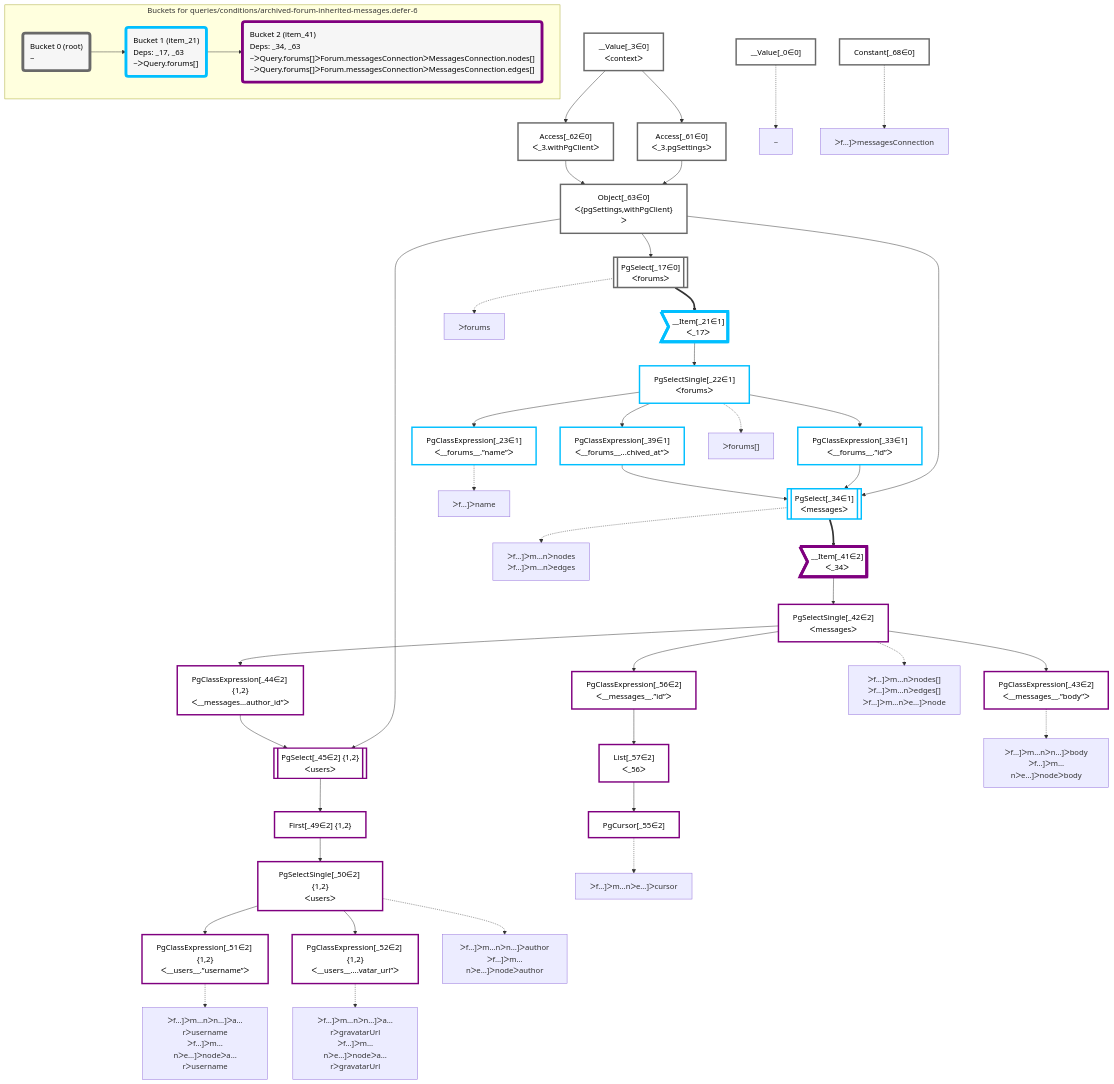
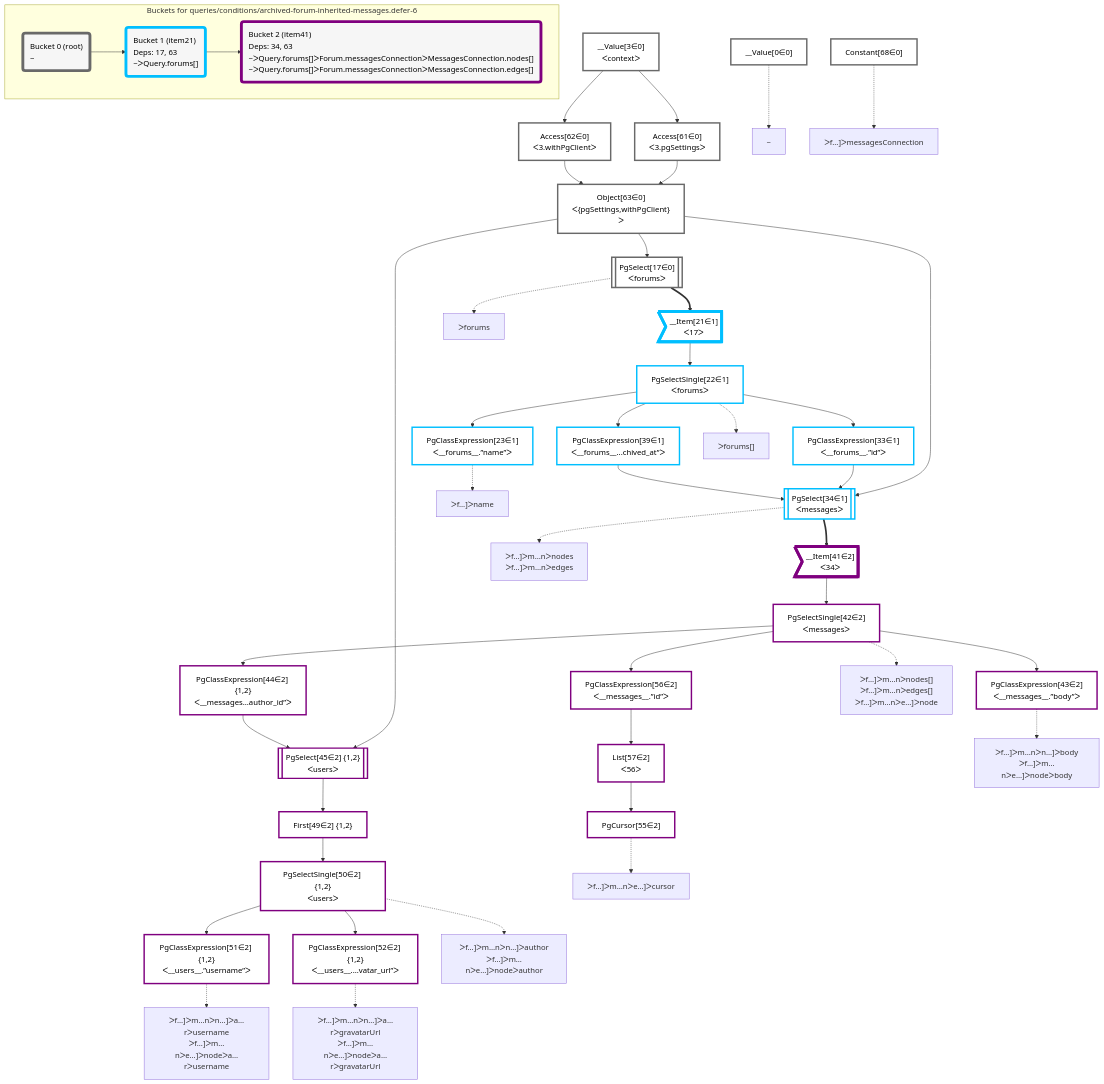
One commit to graphile/crystal changed the diagram in packages/dataplan-pg/__tests__/queries/conditions/archived-forum-inherited-messages.defer-6.deopt.mermaid.md. Above: the diagram before and after it, drawn with Mermaid. The commit also changed 195 other files, not shown here.

```diff
--- a/packages/dataplan-pg/__tests__/queries/conditions/archived-forum-inherited-messages.defer-6.deopt.mermaid.md
+++ b/packages/dataplan-pg/__tests__/queries/conditions/archived-forum-inherited-messages.defer-6.deopt.mermaid.md
@@ -8,92 +8,92 @@
 
 
     %% define plans
-    __Value_0["__Value[_0∈0]"]:::plan
-    PgClassExpression_23["PgClassExpression[_23∈1]<br />ᐸ__forums__.”name”ᐳ"]:::plan
-    PgClassExpression_43["PgClassExpression[_43∈2]<br />ᐸ__messages__.”body”ᐳ"]:::plan
-    PgClassExpression_51["PgClassExpression[_51∈2] {1,2}<br />ᐸ__users__.”username”ᐳ"]:::plan
-    PgClassExpression_52["PgClassExpression[_52∈2] {1,2}<br />ᐸ__users__....vatar_url”ᐳ"]:::plan
-    PgSelectSingle_50["PgSelectSingle[_50∈2] {1,2}<br />ᐸusersᐳ"]:::plan
-    First_49["First[_49∈2] {1,2}"]:::plan
-    PgSelect_45[["PgSelect[_45∈2] {1,2}<br />ᐸusersᐳ"]]:::plan
-    PgClassExpression_44["PgClassExpression[_44∈2] {1,2}<br />ᐸ__messages...author_id”ᐳ"]:::plan
-    PgCursor_55["PgCursor[_55∈2]"]:::plan
-    List_57["List[_57∈2]<br />ᐸ_56ᐳ"]:::plan
-    PgClassExpression_56["PgClassExpression[_56∈2]<br />ᐸ__messages__.”id”ᐳ"]:::plan
-    PgSelectSingle_42["PgSelectSingle[_42∈2]<br />ᐸmessagesᐳ"]:::plan
-    __Item_41>"__Item[_41∈2]<br />ᐸ_34ᐳ"]:::itemplan
-    PgSelect_34[["PgSelect[_34∈1]<br />ᐸmessagesᐳ"]]:::plan
-    PgClassExpression_33["PgClassExpression[_33∈1]<br />ᐸ__forums__.”id”ᐳ"]:::plan
-    PgClassExpression_39["PgClassExpression[_39∈1]<br />ᐸ__forums__...chived_at”ᐳ"]:::plan
-    PgSelectSingle_22["PgSelectSingle[_22∈1]<br />ᐸforumsᐳ"]:::plan
-    __Item_21>"__Item[_21∈1]<br />ᐸ_17ᐳ"]:::itemplan
-    PgSelect_17[["PgSelect[_17∈0]<br />ᐸforumsᐳ"]]:::plan
-    Object_63["Object[_63∈0]<br />ᐸ{pgSettings,withPgClient}ᐳ"]:::plan
-    Access_61["Access[_61∈0]<br />ᐸ_3.pgSettingsᐳ"]:::plan
-    Access_62["Access[_62∈0]<br />ᐸ_3.withPgClientᐳ"]:::plan
-    __Value_3["__Value[_3∈0]<br />ᐸcontextᐳ"]:::plan
-    Constant_68["Constant[_68∈0]"]:::plan
+    __Value0["__Value[0∈0]"]:::plan
+    PgClassExpression23["PgClassExpression[23∈1]<br />ᐸ__forums__.”name”ᐳ"]:::plan
+    PgClassExpression43["PgClassExpression[43∈2]<br />ᐸ__messages__.”body”ᐳ"]:::plan
+    PgClassExpression51["PgClassExpression[51∈2] {1,2}<br />ᐸ__users__.”username”ᐳ"]:::plan
+    PgClassExpression52["PgClassExpression[52∈2] {1,2}<br />ᐸ__users__....vatar_url”ᐳ"]:::plan
+    PgSelectSingle50["PgSelectSingle[50∈2] {1,2}<br />ᐸusersᐳ"]:::plan
+    First49["First[49∈2] {1,2}"]:::plan
+    PgSelect45[["PgSelect[45∈2] {1,2}<br />ᐸusersᐳ"]]:::plan
+    PgClassExpression44["PgClassExpression[44∈2] {1,2}<br />ᐸ__messages...author_id”ᐳ"]:::plan
+    PgCursor55["PgCursor[55∈2]"]:::plan
+    List57["List[57∈2]<br />ᐸ56ᐳ"]:::plan
+    PgClassExpression56["PgClassExpression[56∈2]<br />ᐸ__messages__.”id”ᐳ"]:::plan
+    PgSelectSingle42["PgSelectSingle[42∈2]<br />ᐸmessagesᐳ"]:::plan
+    __Item41>"__Item[41∈2]<br />ᐸ34ᐳ"]:::itemplan
+    PgSelect34[["PgSelect[34∈1]<br />ᐸmessagesᐳ"]]:::plan
+    PgClassExpression33["PgClassExpression[33∈1]<br />ᐸ__forums__.”id”ᐳ"]:::plan
+    PgClassExpression39["PgClassExpression[39∈1]<br />ᐸ__forums__...chived_at”ᐳ"]:::plan
+    PgSelectSingle22["PgSelectSingle[22∈1]<br />ᐸforumsᐳ"]:::plan
+    __Item21>"__Item[21∈1]<br />ᐸ17ᐳ"]:::itemplan
+    PgSelect17[["PgSelect[17∈0]<br />ᐸforumsᐳ"]]:::plan
+    Object63["Object[63∈0]<br />ᐸ{pgSettings,withPgClient}ᐳ"]:::plan
+    Access61["Access[61∈0]<br />ᐸ3.pgSettingsᐳ"]:::plan
+    Access62["Access[62∈0]<br />ᐸ3.withPgClientᐳ"]:::plan
+    __Value3["__Value[3∈0]<br />ᐸcontextᐳ"]:::plan
+    Constant68["Constant[68∈0]"]:::plan
 
     %% plan dependencies
-    PgSelectSingle_22 --> PgClassExpression_23
-    PgSelectSingle_42 --> PgClassExpression_43
-    PgSelectSingle_50 --> PgClassExpression_51
-    PgSelectSingle_50 --> PgClassExpression_52
-    First_49 --> PgSelectSingle_50
-    PgSelect_45 --> First_49
-    Object_63 & PgClassExpression_44 --> PgSelect_45
-    PgSelectSingle_42 --> PgClassExpression_44
-    List_57 --> PgCursor_55
-    PgClassExpression_56 --> List_57
-    PgSelectSingle_42 --> PgClassExpression_56
-    __Item_41 --> PgSelectSingle_42
-    PgSelect_34 ==> __Item_41
-    Object_63 & PgClassExpression_33 & PgClassExpression_39 --> PgSelect_34
-    PgSelectSingle_22 --> PgClassExpression_33
-    PgSelectSingle_22 --> PgClassExpression_39
-    __Item_21 --> PgSelectSingle_22
-    PgSelect_17 ==> __Item_21
-    Object_63 --> PgSelect_17
-    Access_61 & Access_62 --> Object_63
-    __Value_3 --> Access_61
-    __Value_3 --> Access_62
+    PgSelectSingle22 --> PgClassExpression23
+    PgSelectSingle42 --> PgClassExpression43
+    PgSelectSingle50 --> PgClassExpression51
+    PgSelectSingle50 --> PgClassExpression52
+    First49 --> PgSelectSingle50
+    PgSelect45 --> First49
+    Object63 & PgClassExpression44 --> PgSelect45
+    PgSelectSingle42 --> PgClassExpression44
+    List57 --> PgCursor55
+    PgClassExpression56 --> List57
+    PgSelectSingle42 --> PgClassExpression56
+    __Item41 --> PgSelectSingle42
+    PgSelect34 ==> __Item41
+    Object63 & PgClassExpression33 & PgClassExpression39 --> PgSelect34
+    PgSelectSingle22 --> PgClassExpression33
+    PgSelectSingle22 --> PgClassExpression39
+    __Item21 --> PgSelectSingle22
+    PgSelect17 ==> __Item21
+    Object63 --> PgSelect17
+    Access61 & Access62 --> Object63
+    __Value3 --> Access61
+    __Value3 --> Access62
 
     %% plan-to-path relationships
-    P_0["~"]
-    __Value_0 -.-> P_0
-    P_17["ᐳforums"]
-    PgSelect_17 -.-> P_17
-    P_22["ᐳforums[]"]
-    PgSelectSingle_22 -.-> P_22
-    P_23["ᐳf…]ᐳname"]
-    PgClassExpression_23 -.-> P_23
-    P_34["ᐳf…]ᐳm…nᐳnodes<br />ᐳf…]ᐳm…nᐳedges"]
-    PgSelect_34 -.-> P_34
-    P_42["ᐳf…]ᐳm…nᐳnodes[]<br />ᐳf…]ᐳm…nᐳedges[]<br />ᐳf…]ᐳm…nᐳe…]ᐳnode"]
-    PgSelectSingle_42 -.-> P_42
-    P_43["ᐳf…]ᐳm…nᐳn…]ᐳbody<br />ᐳf…]ᐳm…nᐳe…]ᐳnodeᐳbody"]
-    PgClassExpression_43 -.-> P_43
-    P_50["ᐳf…]ᐳm…nᐳn…]ᐳauthor<br />ᐳf…]ᐳm…nᐳe…]ᐳnodeᐳauthor"]
-    PgSelectSingle_50 -.-> P_50
-    P_51["ᐳf…]ᐳm…nᐳn…]ᐳa…rᐳusername<br />ᐳf…]ᐳm…nᐳe…]ᐳnodeᐳa…rᐳusername"]
-    PgClassExpression_51 -.-> P_51
-    P_52["ᐳf…]ᐳm…nᐳn…]ᐳa…rᐳgravatarUrl<br />ᐳf…]ᐳm…nᐳe…]ᐳnodeᐳa…rᐳgravatarUrl"]
-    PgClassExpression_52 -.-> P_52
-    P_55["ᐳf…]ᐳm…nᐳe…]ᐳcursor"]
-    PgCursor_55 -.-> P_55
-    P_68["ᐳf…]ᐳmessagesConnection"]
-    Constant_68 -.-> P_68
+    P0["~"]
+    __Value0 -.-> P0
+    P17["ᐳforums"]
+    PgSelect17 -.-> P17
+    P22["ᐳforums[]"]
+    PgSelectSingle22 -.-> P22
+    P23["ᐳf…]ᐳname"]
+    PgClassExpression23 -.-> P23
+    P34["ᐳf…]ᐳm…nᐳnodes<br />ᐳf…]ᐳm…nᐳedges"]
+    PgSelect34 -.-> P34
+    P42["ᐳf…]ᐳm…nᐳnodes[]<br />ᐳf…]ᐳm…nᐳedges[]<br />ᐳf…]ᐳm…nᐳe…]ᐳnode"]
+    PgSelectSingle42 -.-> P42
+    P43["ᐳf…]ᐳm…nᐳn…]ᐳbody<br />ᐳf…]ᐳm…nᐳe…]ᐳnodeᐳbody"]
+    PgClassExpression43 -.-> P43
+    P50["ᐳf…]ᐳm…nᐳn…]ᐳauthor<br />ᐳf…]ᐳm…nᐳe…]ᐳnodeᐳauthor"]
+    PgSelectSingle50 -.-> P50
+    P51["ᐳf…]ᐳm…nᐳn…]ᐳa…rᐳusername<br />ᐳf…]ᐳm…nᐳe…]ᐳnodeᐳa…rᐳusername"]
+    PgClassExpression51 -.-> P51
+    P52["ᐳf…]ᐳm…nᐳn…]ᐳa…rᐳgravatarUrl<br />ᐳf…]ᐳm…nᐳe…]ᐳnodeᐳa…rᐳgravatarUrl"]
+    PgClassExpression52 -.-> P52
+    P55["ᐳf…]ᐳm…nᐳe…]ᐳcursor"]
+    PgCursor55 -.-> P55
+    P68["ᐳf…]ᐳmessagesConnection"]
+    Constant68 -.-> P68
 
     subgraph "Buckets for queries/conditions/archived-forum-inherited-messages.defer-6"
     Bucket0("Bucket 0 (root)<br />~"):::bucket
     classDef bucket0 stroke:#696969
-    class Bucket0,__Value_0,__Value_3,PgSelect_17,Access_61,Access_62,Object_63,Constant_68 bucket0
-    Bucket1("Bucket 1 (item_21)<br />Deps: _17, _63<br />~ᐳQuery.forums[]"):::bucket
+    class Bucket0,__Value0,__Value3,PgSelect17,Access61,Access62,Object63,Constant68 bucket0
+    Bucket1("Bucket 1 (item21)<br />Deps: 17, 63<br />~ᐳQuery.forums[]"):::bucket
     classDef bucket1 stroke:#00bfff
-    class Bucket1,__Item_21,PgSelectSingle_22,PgClassExpression_23,PgClassExpression_33,PgSelect_34,PgClassExpression_39 bucket1
-    Bucket2("Bucket 2 (item_41)<br />Deps: _34, _63<br />~ᐳQuery.forums[]ᐳForum.messagesConnectionᐳMessagesConnection.nodes[]<br />~ᐳQuery.forums[]ᐳForum.messagesConnectionᐳMessagesConnection.edges[]"):::bucket
+    class Bucket1,__Item21,PgSelectSingle22,PgClassExpression23,PgClassExpression33,PgSelect34,PgClassExpression39 bucket1
+    Bucket2("Bucket 2 (item41)<br />Deps: 34, 63<br />~ᐳQuery.forums[]ᐳForum.messagesConnectionᐳMessagesConnection.nodes[]<br />~ᐳQuery.forums[]ᐳForum.messagesConnectionᐳMessagesConnection.edges[]"):::bucket
     classDef bucket2 stroke:#7f007f
-    class Bucket2,__Item_41,PgSelectSingle_42,PgClassExpression_43,PgClassExpression_44,PgSelect_45,First_49,PgSelectSingle_50,PgClassExpression_51,PgClassExpression_52,PgCursor_55,PgClassExpression_56,List_57 bucket2
+    class Bucket2,__Item41,PgSelectSingle42,PgClassExpression43,PgClassExpression44,PgSelect45,First49,PgSelectSingle50,PgClassExpression51,PgClassExpression52,PgCursor55,PgClassExpression56,List57 bucket2
     Bucket0 --> Bucket1
     Bucket1 --> Bucket2
     end
```
